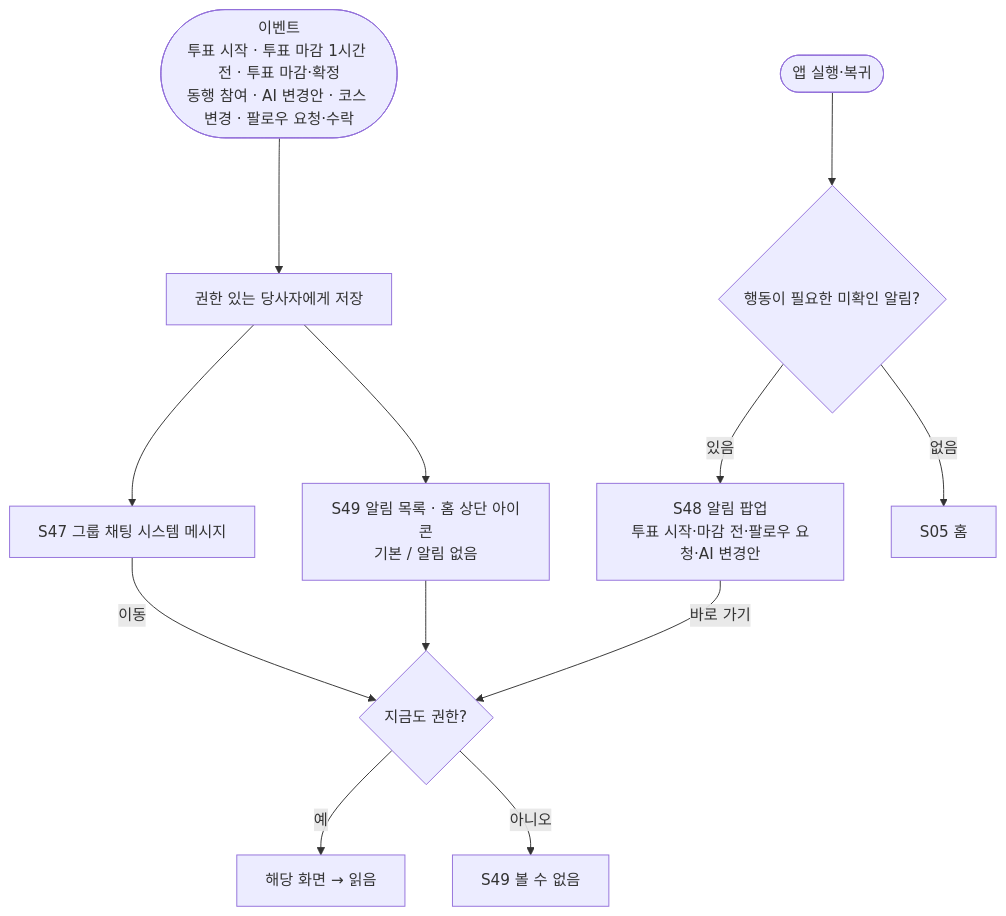
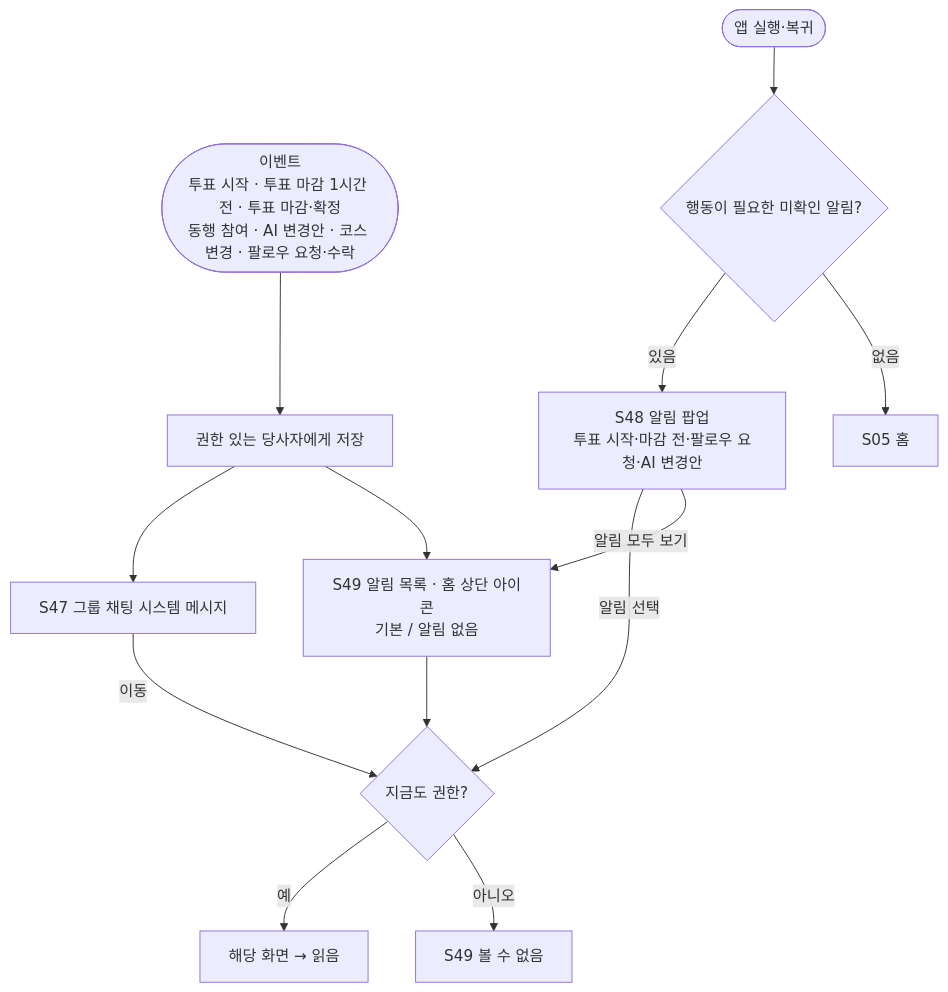
Diagram 23 of 24 in docs/flow/user-flow.md (a204-eodilog/eodilog), drawn with Mermaid before and after one commit. The commit also changed other lines of this file and 4 other files, not shown here.

````diff
--- a/docs/flow/user-flow.md
+++ b/docs/flow/user-flow.md
@@ -529,14 +529,15 @@
 ```mermaid
 flowchart TD
     EV(["이벤트<br/>투표 시작 · 투표 마감 1시간 전 · 투표 마감·확정<br/>동행 참여 · AI 변경안 · 코스 변경 · 팔로우 요청·수락"]) --> SV["권한 있는 당사자에게 저장"]
     SV --> SYS["S47 그룹 채팅 시스템 메시지"]
     SV --> S49["S49 알림 목록 · 홈 상단 아이콘<br/>기본 / 알림 없음"]
     APP(["앱 실행·복귀"]) --> UN{"행동이 필요한 미확인 알림?"}
     UN -- "있음" --> S48["S48 알림 팝업<br/>투표 시작·마감 전·팔로우 요청·AI 변경안"]
     UN -- "없음" --> HOME["S05 홈"]
-    S48 -- "바로 가기" --> AC{"지금도 권한?"}
+    S48 -- "알림 선택" --> AC{"지금도 권한?"}
+    S48 -- "알림 모두 보기" --> S49
     S49 --> AC
     SYS -- "이동" --> AC
     AC -- "예" --> TG["해당 화면 → 읽음"]
     AC -- "아니오" --> GONE["S49 볼 수 없음"]
 ```
````
